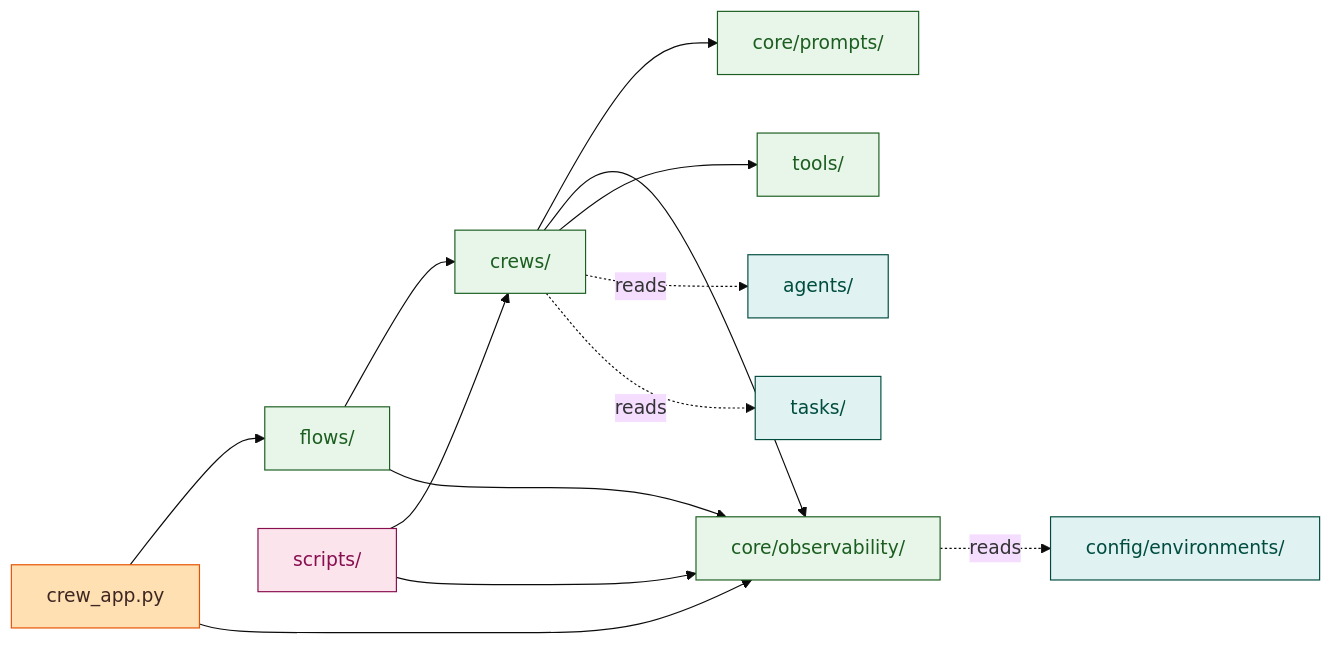
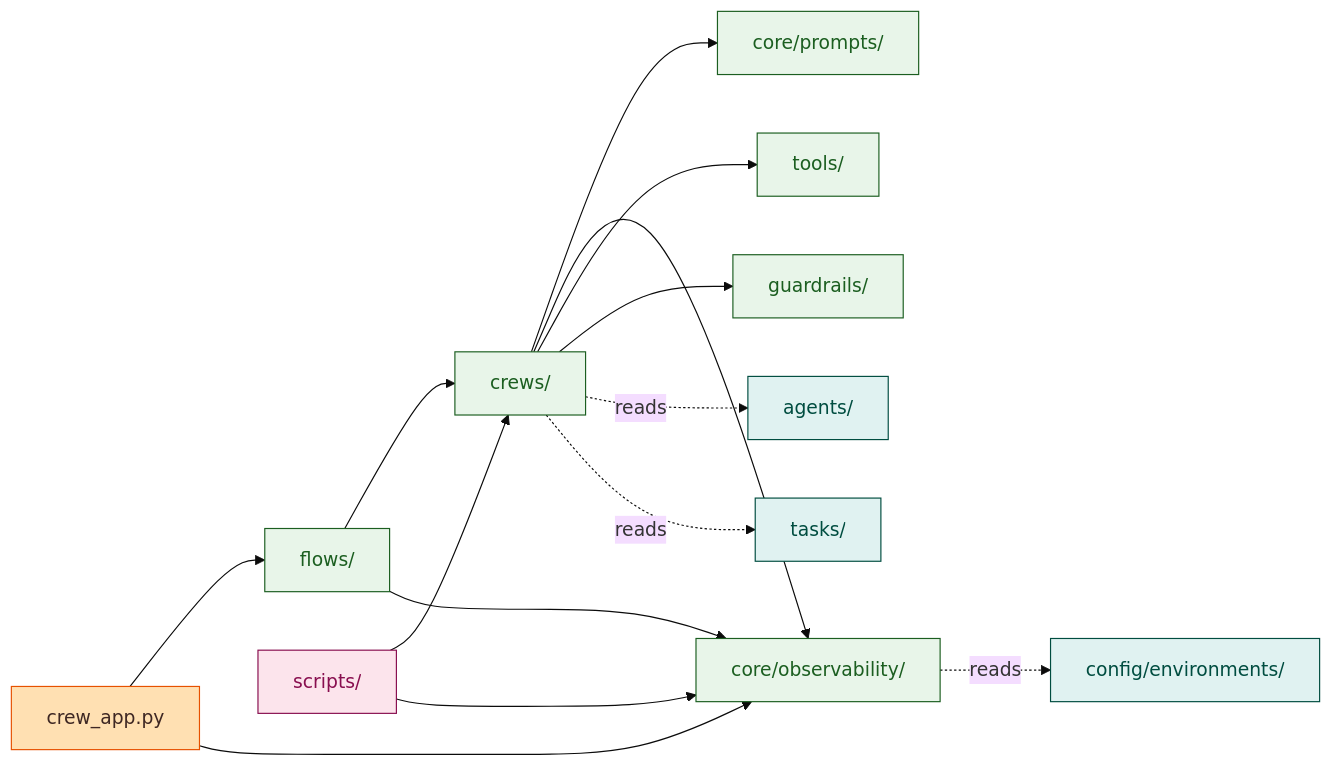
The second of 4 diagrams in SYSTEM_OVERVIEW.md (shengtong-design/langfuse-chat), drawn with Mermaid (base theme) before and after one commit. The commit also changed other lines of this file and 2 other files, not shown here.

First line of the commit message:
SYSTEM_OVERVIEW: promote guardrails to first-class concept

````diff
--- a/SYSTEM_OVERVIEW.md
+++ b/SYSTEM_OVERVIEW.md
@@ -86,31 +86,33 @@
 ```mermaid
 flowchart LR
     classDef app fill:#ffe0b2,stroke:#e65100,color:#3e2723;
     classDef domain fill:#e8f5e9,stroke:#1b5e20,color:#1b5e20;
     classDef config fill:#e0f2f1,stroke:#004d40,color:#004d40;
     classDef ops fill:#fce4ec,stroke:#880e4f,color:#880e4f;
 
     APP["crew_app.py"]:::app
     FLOWS["flows/"]:::domain
     CREWS["crews/"]:::domain
     TOOLS["tools/"]:::domain
+    GUARDRAILS["guardrails/"]:::domain
     PROMPTS["core/prompts/"]:::domain
     OBS["core/observability/"]:::domain
     AGENTS_DIR["agents/"]:::config
     TASKS_DIR["tasks/"]:::config
     CONFIG_DIR["config/environments/"]:::config
     SCRIPTS_DIR["scripts/"]:::ops
 
     APP --> FLOWS
     APP --> OBS
     FLOWS --> CREWS
     FLOWS --> OBS
     CREWS --> PROMPTS
     CREWS --> OBS
     CREWS --> TOOLS
+    CREWS --> GUARDRAILS
     CREWS -.reads.-> AGENTS_DIR
     CREWS -.reads.-> TASKS_DIR
     OBS -.reads.-> CONFIG_DIR
     SCRIPTS_DIR --> CREWS
     SCRIPTS_DIR --> OBS
 ```
````
